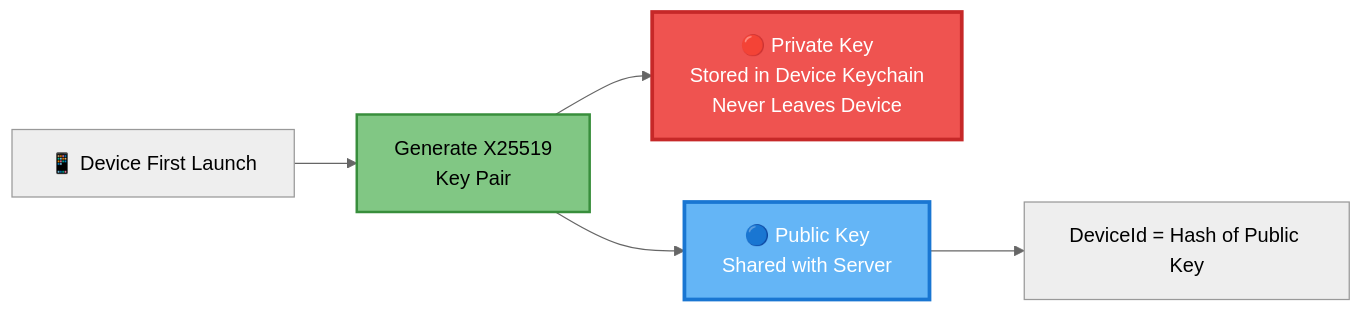
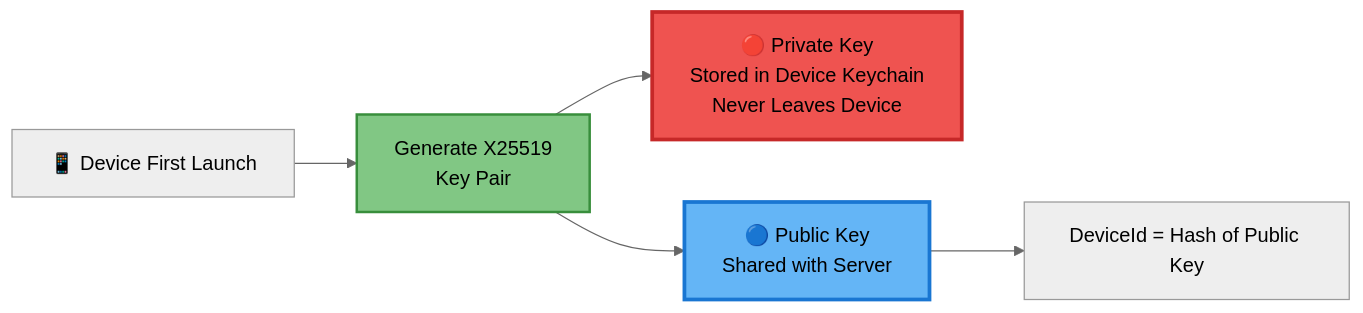
Before and after one commit to meta-secret/meta-secret-core: the fourth of 12 diagrams in docs/meta-secret-technical-presentation.md, drawn with Mermaid (neutral theme). The commit also changed other lines of this file, not shown here.

````diff
--- a/docs/meta-secret-technical-presentation.md
+++ b/docs/meta-secret-technical-presentation.md
@@ -304,13 +304,13 @@
 ```mermaid
 flowchart LR
     DEVICE[📱 Device First Launch] --> KEYGEN[Generate X25519<br/>Key Pair]
     
     KEYGEN --> PRIVATE[🔴 Private Key<br/>Stored in Device Keychain<br/>Never Leaves Device]
     KEYGEN --> PUBLIC[🔵 Public Key<br/>Shared with Server]
     
     PUBLIC --> DEVID[DeviceId = Hash of Public Key]
     
-    style PRIVATE fill:#ef5350,color:#fff,stroke:#c62828,stroke-width:3px
-    style PUBLIC fill:#64b5f6,color:#fff,stroke:#1976d2,stroke-width:3px
+    style PRIVATE fill:#ef5350,color:#000,stroke:#c62828,stroke-width:3px
+    style PUBLIC fill:#64b5f6,color:#000,stroke:#1976d2,stroke-width:3px
     style KEYGEN fill:#81c784,color:#000,stroke:#388e3c,stroke-width:2px
 ```
````
